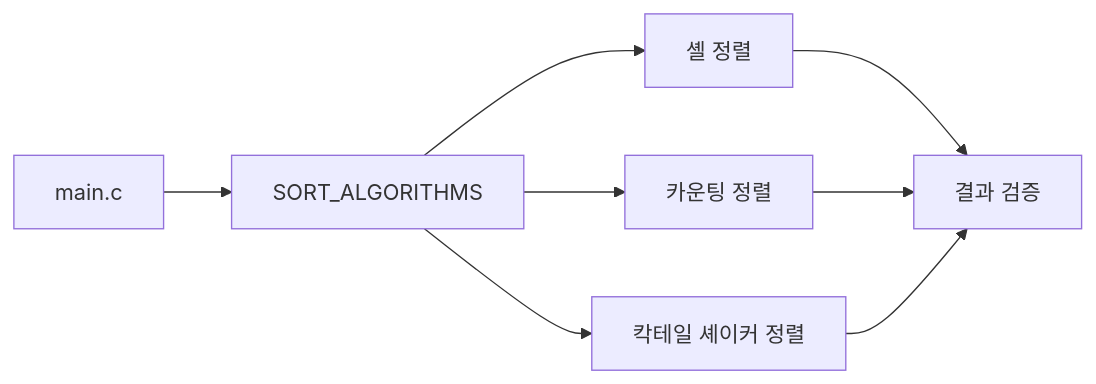
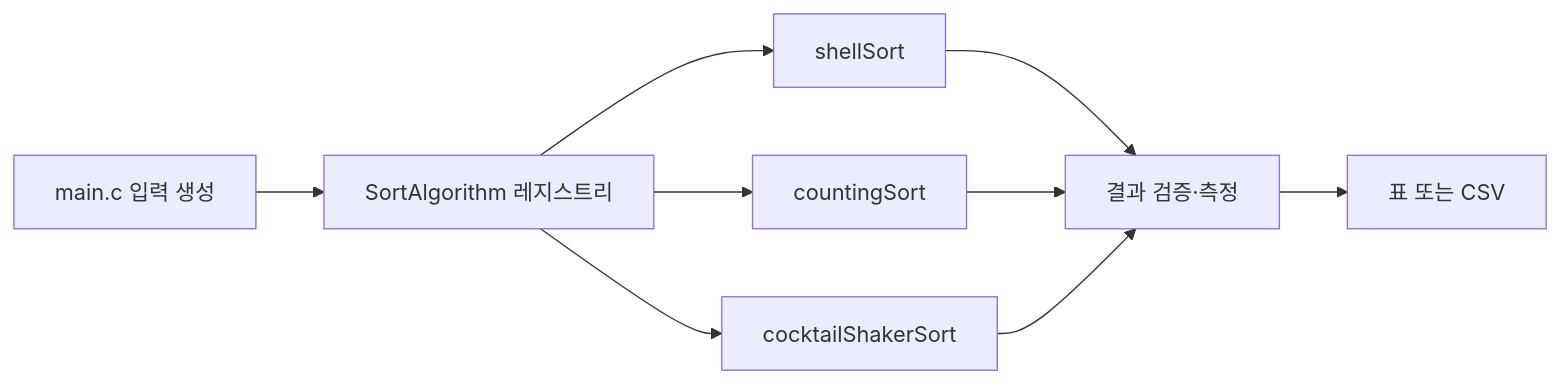
One commit to 2026193116/Compare-Sorting changed the diagram in report/REPORT.md. Above: the diagram before and after it, drawn with Mermaid. The commit also changed other lines of this file and 6 other files, not shown here.

````diff
--- a/report/REPORT.md
+++ b/report/REPORT.md
@@ -15,10 +18,11 @@
 ```mermaid
 flowchart LR
-    A[main.c] --> B[SORT_ALGORITHMS]
-    B --> C[셸 정렬]
-    B --> D[카운팅 정렬]
-    B --> E[칵테일 셰이커 정렬]
-    C --> F[결과 검증]
+    A[main.c 입력 생성] --> B[SortAlgorithm 레지스트리]
+    B --> C[shellSort]
+    B --> D[countingSort]
+    B --> E[cocktailShakerSort]
+    C --> F[결과 검증·측정]
     D --> F
     E --> F
+    F --> G[표 또는 CSV]
 ```
````
